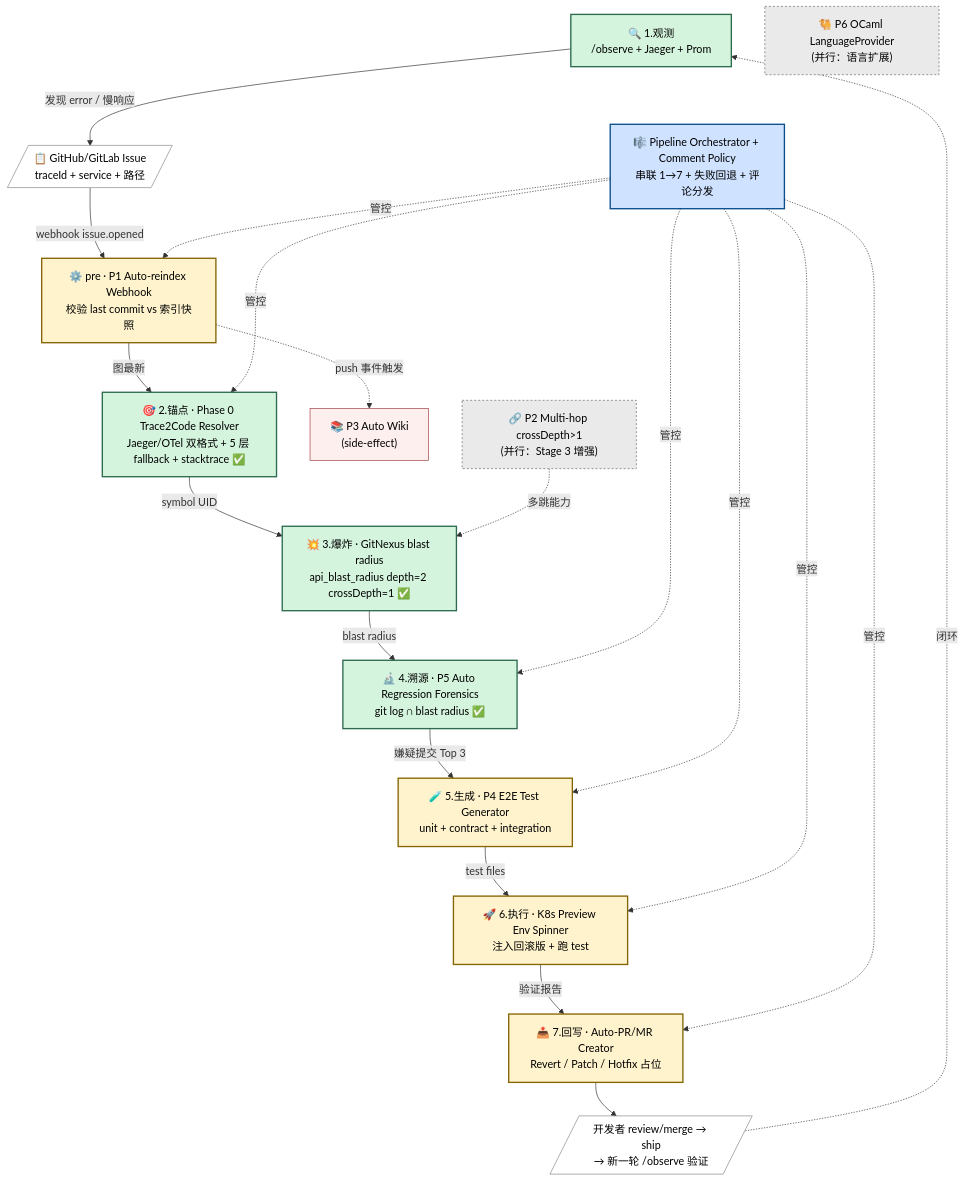
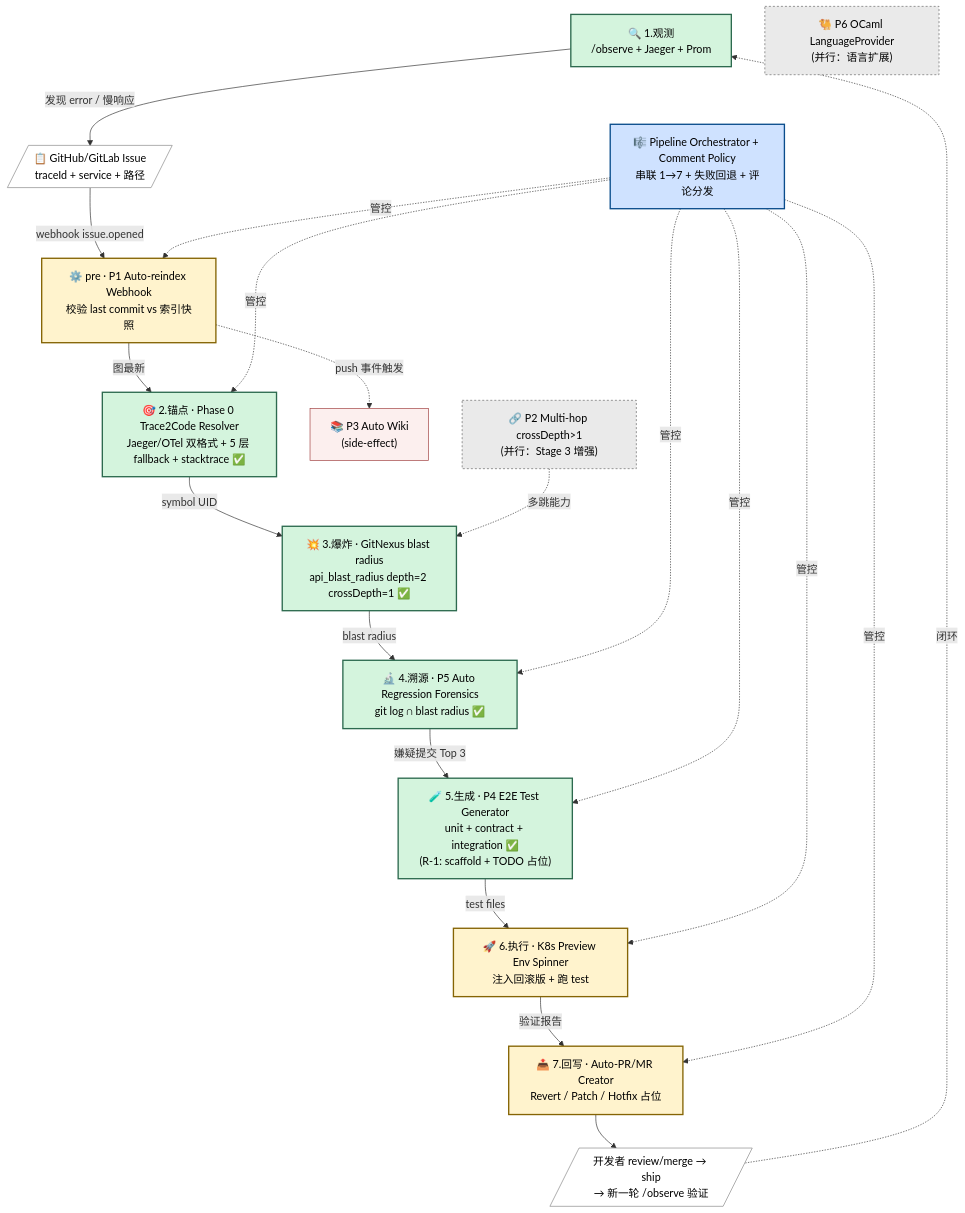
The diagram in docs/learn/diagrams/16-agentic-devops-7-stage-loop.mmd (zxs1633079383/GitNexus), drawn with Mermaid before and after one commit. The commit also changed 12 other files, not shown here.

First line of the commit message:
feat(stage-5): 落地 E2E Test Generator (R-1 scaffold + TODO 占位)

```diff
--- a/docs/learn/diagrams/16-agentic-devops-7-stage-loop.mmd
+++ b/docs/learn/diagrams/16-agentic-devops-7-stage-loop.mmd
@@ -1,47 +1,47 @@
 %% Agentic DevOps 7 阶段闭环 —— 团队自建版 GitNexus 企业版
 %% 配套文档：docs/learn/Agentic-DevOps-企业版路线图-v2.md §0.2
 
 flowchart TB
     OBS["🔍 1.观测<br/>/observe + Jaeger + Prom"]:::existing
     ISSUE[/"📋 GitHub/GitLab Issue<br/>traceId + service + 路径"/]:::external
     PRE["⚙️ pre · P1 Auto-reindex Webhook<br/>校验 last commit vs 索引快照"]:::new
     S2["🎯 2.锚点 · Phase 0 Trace2Code Resolver<br/>Jaeger/OTel 双格式 + 5 层 fallback + stacktrace ✅"]:::existing
     S3["💥 3.爆炸 · GitNexus blast radius<br/>api_blast_radius depth=2 crossDepth=1 ✅"]:::existing
     S4["🔬 4.溯源 · P5 Auto Regression Forensics<br/>git log ∩ blast radius ✅"]:::existing
-    S5["🧪 5.生成 · P4 E2E Test Generator<br/>unit + contract + integration"]:::new
+    S5["🧪 5.生成 · P4 E2E Test Generator<br/>unit + contract + integration ✅<br/>(R-1: scaffold + TODO 占位)"]:::existing
     S6["🚀 6.执行 · K8s Preview Env Spinner<br/>注入回滚版 + 跑 test"]:::new
     S7["📤 7.回写 · Auto-PR/MR Creator<br/>Revert / Patch / Hotfix 占位"]:::new
     LOOP[/"开发者 review/merge → ship<br/>→ 新一轮 /observe 验证"/]:::external
 
     ORCH["🎼 Pipeline Orchestrator + Comment Policy<br/>串联 1→7 + 失败回退 + 评论分发"]:::cross
     WIKI["📚 P3 Auto Wiki<br/>(side-effect)"]:::side
     P2["🔗 P2 Multi-hop crossDepth>1<br/>(并行：Stage 3 增强)"]:::parallel
     P6["🐫 P6 OCaml LanguageProvider<br/>(并行：语言扩展)"]:::parallel
 
     OBS -->|发现 error / 慢响应| ISSUE
     ISSUE -->|webhook issue.opened| PRE
     PRE -->|图最新| S2
     S2 -->|symbol UID| S3
     S3 -->|blast radius| S4
     S4 -->|嫌疑提交 Top 3| S5
     S5 -->|test files| S6
     S6 -->|验证报告| S7
     S7 --> LOOP
     LOOP -.->|闭环| OBS
 
     ORCH -.->|管控| PRE
     ORCH -.->|管控| S2
     ORCH -.->|管控| S4
     ORCH -.->|管控| S5
     ORCH -.->|管控| S6
     ORCH -.->|管控| S7
 
     PRE -.->|push 事件触发| WIKI
     P2 -.->|多跳能力| S3
 
     classDef existing fill:#d4f4dd,stroke:#2d6a4f,color:#000,stroke-width:2px
     classDef new fill:#fff3cd,stroke:#856404,color:#000,stroke-width:2px
     classDef cross fill:#cfe2ff,stroke:#0a4d8c,color:#000,stroke-width:2px
     classDef side fill:#fcefee,stroke:#a04040,color:#000,stroke-width:1px
     classDef parallel fill:#eaeaea,stroke:#666,color:#000,stroke-width:1px,stroke-dasharray: 3 3
     classDef external fill:#fff,stroke:#888,color:#000,stroke-width:1px
```
